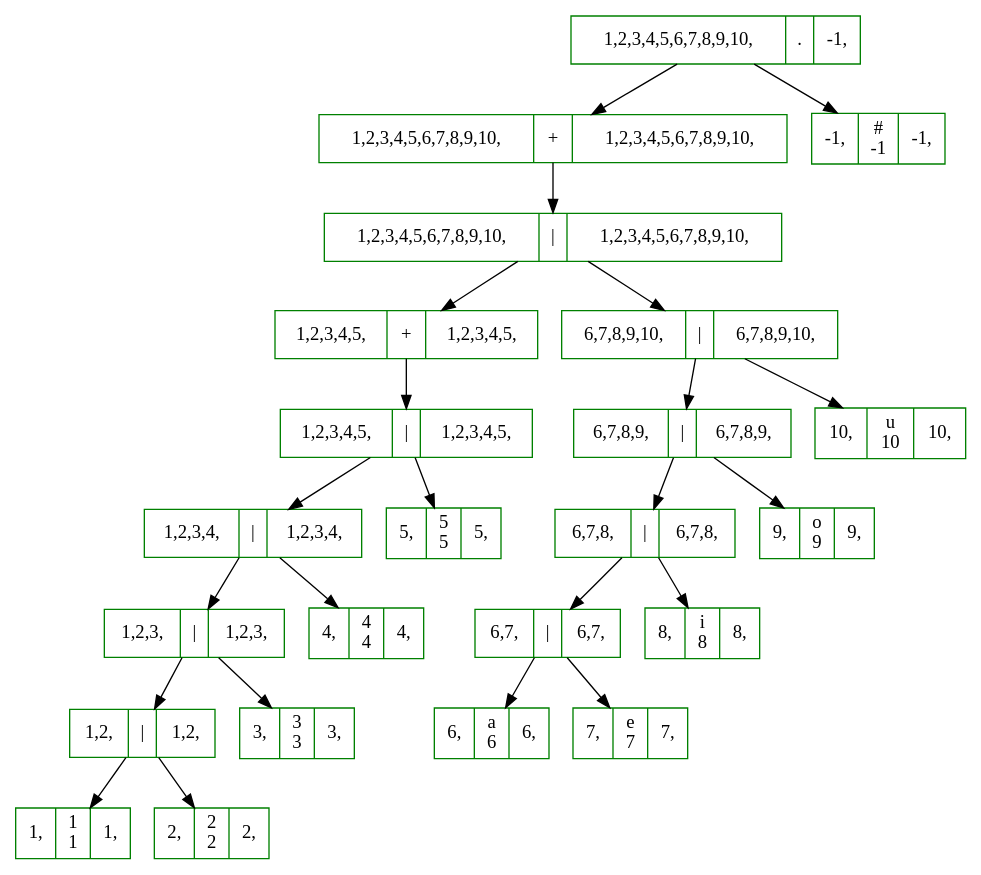
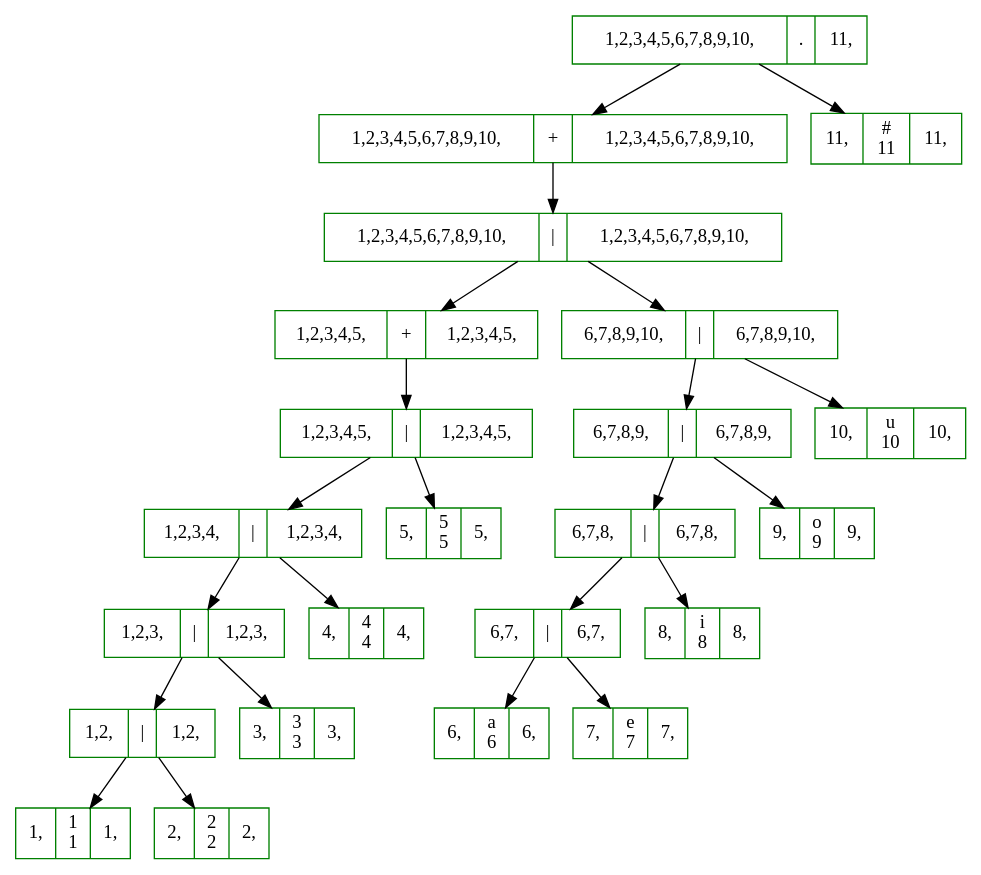
Before and after one commit to diegomazariegos2002/OLC1-P1-202003975: the diagram in OLC1-P1-202003975/ExpReg1_Arbol.dot, drawn with Graphviz. The commit also changed 50 other files, not shown here.

```diff
--- a/OLC1-P1-202003975/ExpReg1_Arbol.dot
+++ b/OLC1-P1-202003975/ExpReg1_Arbol.dot
@@ -1,93 +1,93 @@
 digraph structs { 
 node[shape = box]; 
 node[shape = box, color = green]; 
-Nodo1418334255[shape=record, label = "<f0> 1,2,3,4,5,6,7,8,9,10, | <f1>. | <f2> -1,"];
+Nodo398572781[shape=record, label = "<f0> 1,2,3,4,5,6,7,8,9,10, | <f1>. | <f2> 11,"];
 node[shape = box, color = green]; 
-Nodo1466073198[shape=record, label = "<f0> 1,2,3,4,5,6,7,8,9,10, | <f1>+ | <f2> 1,2,3,4,5,6,7,8,9,10,"];
+Nodo765284253[shape=record, label = "<f0> 1,2,3,4,5,6,7,8,9,10, | <f1>+ | <f2> 1,2,3,4,5,6,7,8,9,10,"];
 node[shape = box, color = green]; 
-Nodo398690014[shape=record, label = "<f0> 1,2,3,4,5,6,7,8,9,10, | <f1>\| | <f2> 1,2,3,4,5,6,7,8,9,10,"];
+Nodo1077199500[shape=record, label = "<f0> 1,2,3,4,5,6,7,8,9,10, | <f1>\| | <f2> 1,2,3,4,5,6,7,8,9,10,"];
 node[shape = box, color = green]; 
-Nodo1526298704[shape=record, label = "<f0> 1,2,3,4,5, | <f1>+ | <f2> 1,2,3,4,5,"];
+Nodo240166646[shape=record, label = "<f0> 1,2,3,4,5, | <f1>+ | <f2> 1,2,3,4,5,"];
 node[shape = box, color = green]; 
-Nodo1593180232[shape=record, label = "<f0> 1,2,3,4,5, | <f1>\| | <f2> 1,2,3,4,5,"];
+Nodo351028485[shape=record, label = "<f0> 1,2,3,4,5, | <f1>\| | <f2> 1,2,3,4,5,"];
 node[shape = box, color = green]; 
-Nodo492079624[shape=record, label = "<f0> 1,2,3,4, | <f1>\| | <f2> 1,2,3,4,"];
+Nodo1405747618[shape=record, label = "<f0> 1,2,3,4, | <f1>\| | <f2> 1,2,3,4,"];
 node[shape = box, color = green]; 
-Nodo380242442[shape=record, label = "<f0> 1,2,3, | <f1>\| | <f2> 1,2,3,"];
+Nodo898406901[shape=record, label = "<f0> 1,2,3, | <f1>\| | <f2> 1,2,3,"];
 node[shape = box, color = green]; 
-Nodo125881207[shape=record, label = "<f0> 1,2, | <f1>\| | <f2> 1,2,"];
+Nodo1054932644[shape=record, label = "<f0> 1,2, | <f1>\| | <f2> 1,2,"];
 node[shape = box, color = green]; 
-Nodo1763344271[shape=record, label = "<f0> 1, | <f1>1\n1 | <f2> 1,"];
+Nodo1213349904[shape=record, label = "<f0> 1, | <f1>1\n1 | <f2> 1,"];
 node[shape = box, color = green]; 
-Nodo1353170030[shape=record, label = "<f0> 2, | <f1>2\n2 | <f2> 2,"];
+Nodo1259769769[shape=record, label = "<f0> 2, | <f1>2\n2 | <f2> 2,"];
 node[shape = box, color = green]; 
-Nodo370869802[shape=record, label = "<f0> 3, | <f1>3\n3 | <f2> 3,"];
+Nodo444920847[shape=record, label = "<f0> 3, | <f1>3\n3 | <f2> 3,"];
 node[shape = box, color = green]; 
-Nodo398572781[shape=record, label = "<f0> 4, | <f1>4\n4 | <f2> 4,"];
+Nodo589835301[shape=record, label = "<f0> 4, | <f1>4\n4 | <f2> 4,"];
 node[shape = box, color = green]; 
-Nodo765284253[shape=record, label = "<f0> 5, | <f1>5\n5 | <f2> 5,"];
+Nodo2032188048[shape=record, label = "<f0> 5, | <f1>5\n5 | <f2> 5,"];
 node[shape = box, color = green]; 
-Nodo1077199500[shape=record, label = "<f0> 6,7,8,9,10, | <f1>\| | <f2> 6,7,8,9,10,"];
+Nodo112466394[shape=record, label = "<f0> 6,7,8,9,10, | <f1>\| | <f2> 6,7,8,9,10,"];
 node[shape = box, color = green]; 
-Nodo240166646[shape=record, label = "<f0> 6,7,8,9, | <f1>\| | <f2> 6,7,8,9,"];
+Nodo992846223[shape=record, label = "<f0> 6,7,8,9, | <f1>\| | <f2> 6,7,8,9,"];
 node[shape = box, color = green]; 
-Nodo351028485[shape=record, label = "<f0> 6,7,8, | <f1>\| | <f2> 6,7,8,"];
+Nodo1493625803[shape=record, label = "<f0> 6,7,8, | <f1>\| | <f2> 6,7,8,"];
 node[shape = box, color = green]; 
-Nodo1405747618[shape=record, label = "<f0> 6,7, | <f1>\| | <f2> 6,7,"];
+Nodo630074945[shape=record, label = "<f0> 6,7, | <f1>\| | <f2> 6,7,"];
 node[shape = box, color = green]; 
-Nodo898406901[shape=record, label = "<f0> 6, | <f1>a\n6 | <f2> 6,"];
+Nodo64133603[shape=record, label = "<f0> 6, | <f1>a\n6 | <f2> 6,"];
 node[shape = box, color = green]; 
-Nodo1054932644[shape=record, label = "<f0> 7, | <f1>e\n7 | <f2> 7,"];
+Nodo1436901839[shape=record, label = "<f0> 7, | <f1>e\n7 | <f2> 7,"];
 node[shape = box, color = green]; 
-Nodo1213349904[shape=record, label = "<f0> 8, | <f1>i\n8 | <f2> 8,"];
+Nodo999522307[shape=record, label = "<f0> 8, | <f1>i\n8 | <f2> 8,"];
 node[shape = box, color = green]; 
-Nodo1259769769[shape=record, label = "<f0> 9, | <f1>o\n9 | <f2> 9,"];
+Nodo1866161430[shape=record, label = "<f0> 9, | <f1>o\n9 | <f2> 9,"];
 node[shape = box, color = green]; 
-Nodo444920847[shape=record, label = "<f0> 10, | <f1>u\n10 | <f2> 10,"];
+Nodo2024918163[shape=record, label = "<f0> 10, | <f1>u\n10 | <f2> 10,"];
 node[shape = box, color = green]; 
-Nodo589835301[shape=record, label = "<f0> -1, | <f1>#\n-1 | <f2> -1,"];
+Nodo107241811[shape=record, label = "<f0> 11, | <f1>#\n11 | <f2> 11,"];
 
-Nodo1418334255 -> Nodo1466073198; 
+Nodo398572781 -> Nodo765284253; 
 
-Nodo1418334255 -> Nodo589835301; 
+Nodo398572781 -> Nodo107241811; 
 
-Nodo1466073198 -> Nodo398690014; 
-
-Nodo398690014 -> Nodo1526298704; 
-
-Nodo398690014 -> Nodo1077199500; 
-
-Nodo1526298704 -> Nodo1593180232; 
-
-Nodo1593180232 -> Nodo492079624; 
-
-Nodo1593180232 -> Nodo765284253; 
-
-Nodo492079624 -> Nodo380242442; 
-
-Nodo492079624 -> Nodo398572781; 
-
-Nodo380242442 -> Nodo125881207; 
-
-Nodo380242442 -> Nodo370869802; 
-
-Nodo125881207 -> Nodo1763344271; 
-
-Nodo125881207 -> Nodo1353170030; 
+Nodo765284253 -> Nodo1077199500; 
 
 Nodo1077199500 -> Nodo240166646; 
 
-Nodo1077199500 -> Nodo444920847; 
+Nodo1077199500 -> Nodo112466394; 
 
 Nodo240166646 -> Nodo351028485; 
 
-Nodo240166646 -> Nodo1259769769; 
-
 Nodo351028485 -> Nodo1405747618; 
 
-Nodo351028485 -> Nodo1213349904; 
+Nodo351028485 -> Nodo2032188048; 
 
 Nodo1405747618 -> Nodo898406901; 
 
-Nodo1405747618 -> Nodo1054932644; 
+Nodo1405747618 -> Nodo589835301; 
+
+Nodo898406901 -> Nodo1054932644; 
+
+Nodo898406901 -> Nodo444920847; 
+
+Nodo1054932644 -> Nodo1213349904; 
+
+Nodo1054932644 -> Nodo1259769769; 
+
+Nodo112466394 -> Nodo992846223; 
+
+Nodo112466394 -> Nodo2024918163; 
+
+Nodo992846223 -> Nodo1493625803; 
+
+Nodo992846223 -> Nodo1866161430; 
+
+Nodo1493625803 -> Nodo630074945; 
+
+Nodo1493625803 -> Nodo999522307; 
+
+Nodo630074945 -> Nodo64133603; 
+
+Nodo630074945 -> Nodo1436901839; 
 }
```
